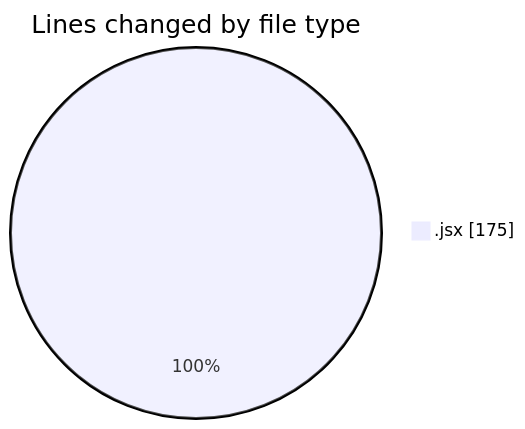
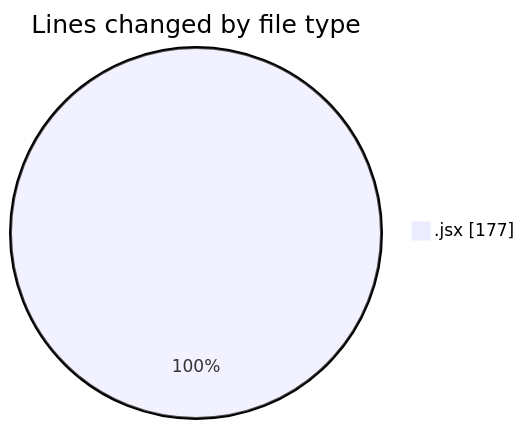
One commit to nxtqubesakshisongat/code-tracking changed the first of 2 diagrams in 2025-07-10/argos/README.md. Above: the diagram before and after it, drawn with Mermaid. The commit also changed other lines of this file and 1 other file, not shown here.

````diff
--- a/2025-07-10/argos/README.md
+++ b/2025-07-10/argos/README.md
@@ -21,5 +21,5 @@
 ```mermaid
 pie showData
 title Lines changed by file type
-".jsx" : 175
+".jsx" : 177
 ```
````
